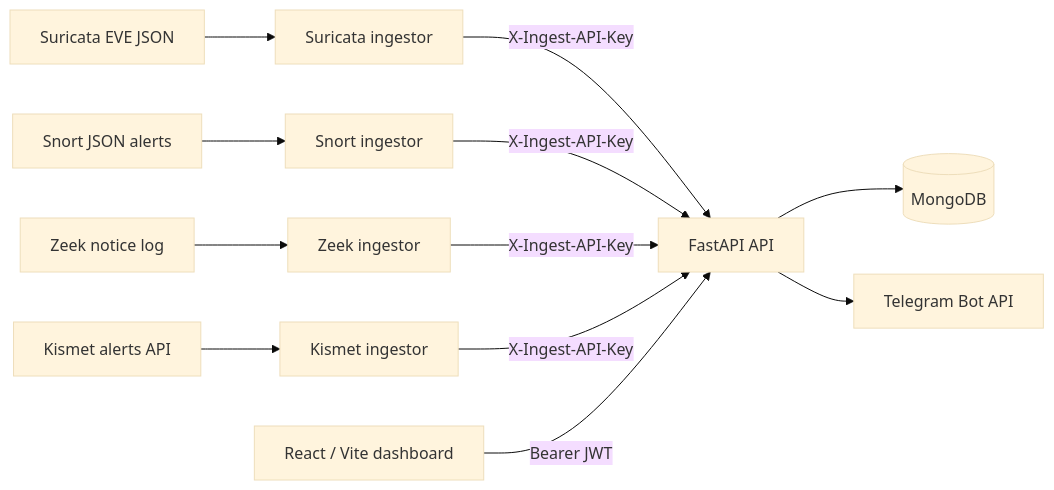
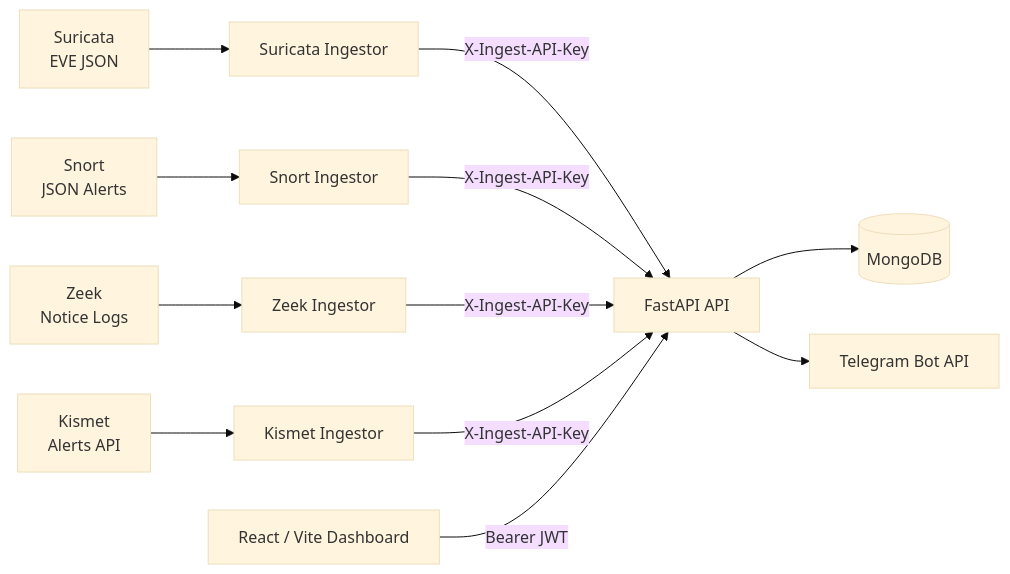
One commit to LongTongg16/intrusight changed the diagram in README.md. Above: the diagram before and after it, drawn with Mermaid (base theme). The commit also changed other lines of this file, not shown here.

````diff
--- a/README.md
+++ b/README.md
@@ -41,11 +133,19 @@
 ```mermaid
 flowchart LR
-    S[Suricata EVE JSON] --> SI[Suricata ingestor]
-    N[Snort JSON alerts] --> NI[Snort ingestor]
-    Z[Zeek notice log] --> ZI[Zeek ingestor]
-    K[Kismet alerts API] --> KI[Kismet ingestor]
-    SI & NI & ZI & KI -->|X-Ingest-API-Key| API[FastAPI API]
+    S[Suricata<br/>EVE JSON] --> SI[Suricata Ingestor]
+    N[Snort<br/>JSON Alerts] --> NI[Snort Ingestor]
+    Z[Zeek<br/>Notice Logs] --> ZI[Zeek Ingestor]
+    K[Kismet<br/>Alerts API] --> KI[Kismet Ingestor]
+
+    SI -->|X-Ingest-API-Key| API
+    NI -->|X-Ingest-API-Key| API
+    ZI -->|X-Ingest-API-Key| API
+    KI -->|X-Ingest-API-Key| API
+
+    API[FastAPI API]
+
     API --> DB[(MongoDB)]
     API --> TG[Telegram Bot API]
-    UI[React / Vite dashboard] -->|Bearer JWT| API
+
+    UI[React / Vite Dashboard] -->|Bearer JWT| API
 ```
````
